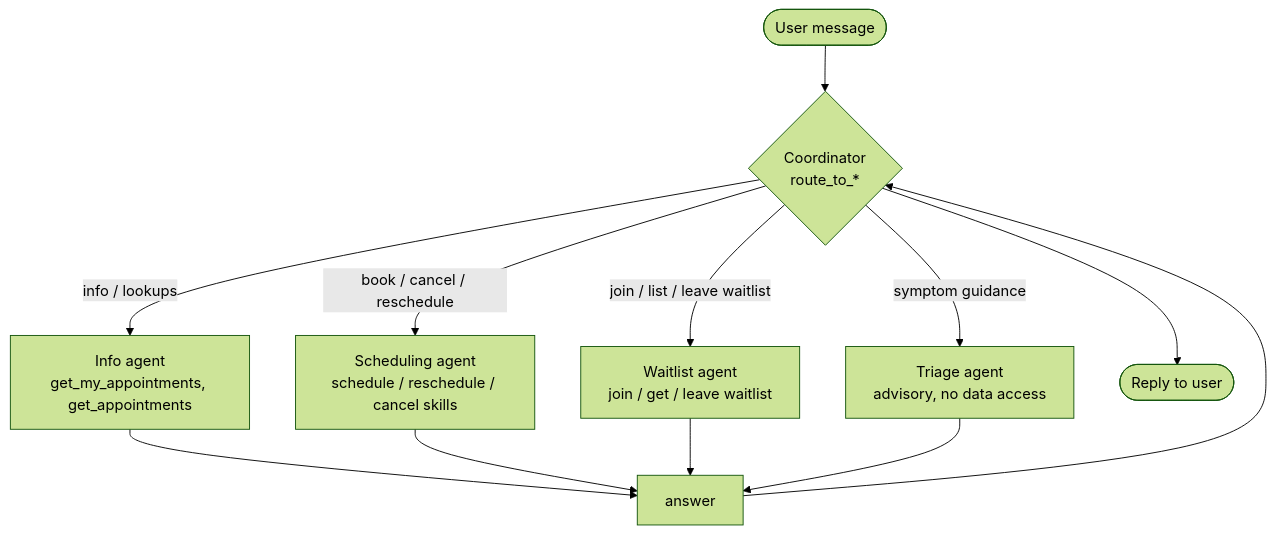
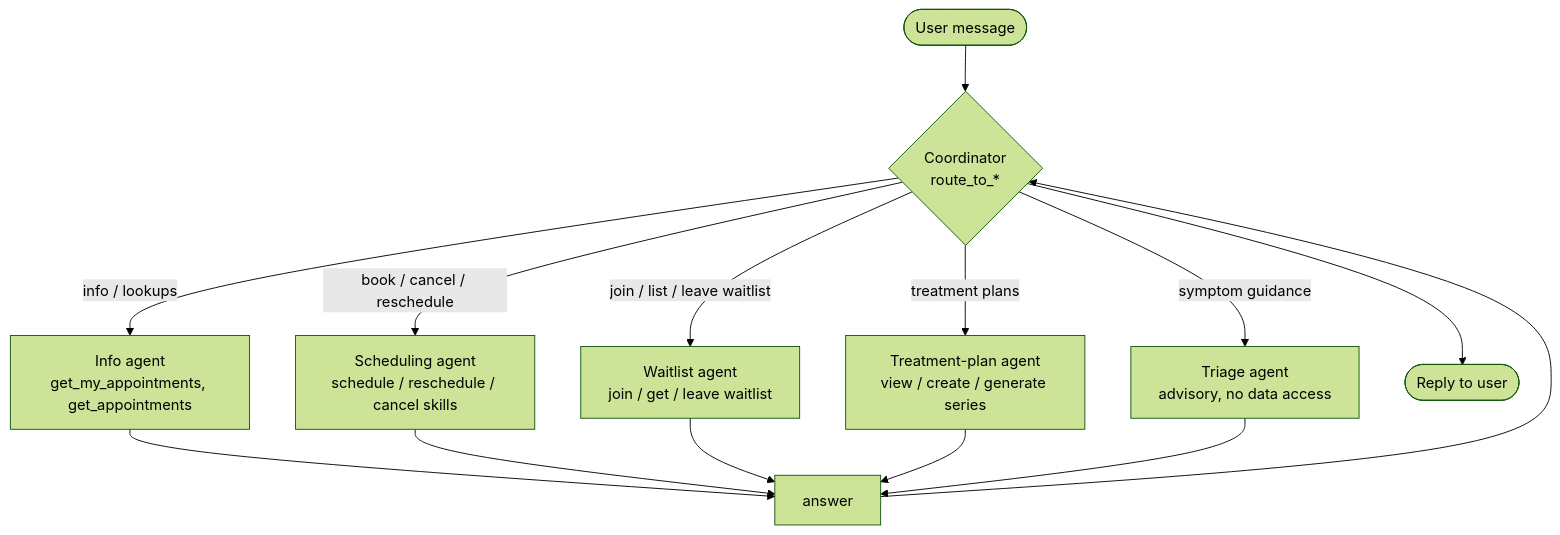
One commit to Bradly187/clinic-scheduler changed the second of 3 diagrams in README.md. Above: the diagram before and after it, drawn with Mermaid (forest theme). The commit also changed other lines of this file and 7 other files, not shown here.

First line of the commit message:
feat: add Treatment-plan specialist agent and skills

````diff
--- a/README.md
+++ b/README.md
@@ -59,14 +59,16 @@
 ```mermaid
 flowchart TD
     U([User message]) --> C{Coordinator<br/>route_to_*}
     C -->|info / lookups| Info[Info agent<br/>get_my_appointments, get_appointments]
     C -->|book / cancel / reschedule| Sched[Scheduling agent<br/>schedule / reschedule / cancel skills]
     C -->|join / list / leave waitlist| Wait[Waitlist agent<br/>join / get / leave waitlist]
+    C -->|treatment plans| Plan[Treatment-plan agent<br/>view / create / generate series]
     C -->|symptom guidance| Triage[Triage agent<br/>advisory, no data access]
     Info --> R[answer]
     Sched --> R
     Wait --> R
+    Plan --> R
     Triage --> R
     R --> C
     C --> Out([Reply to user])
 ```
````
